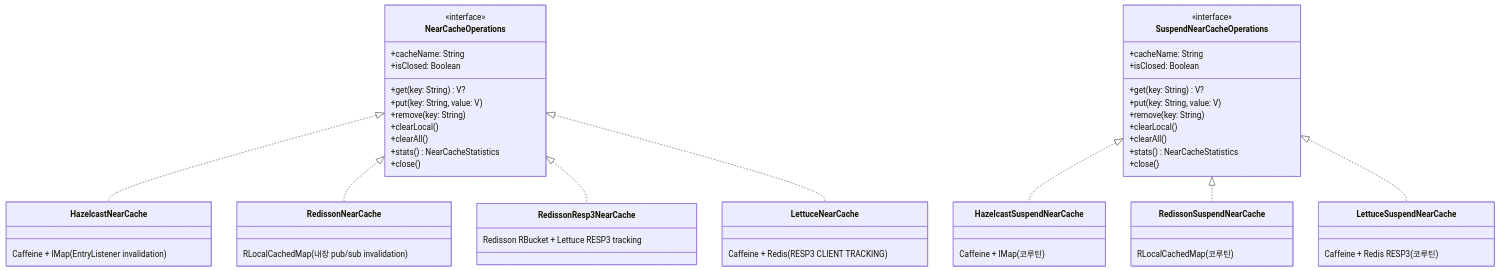
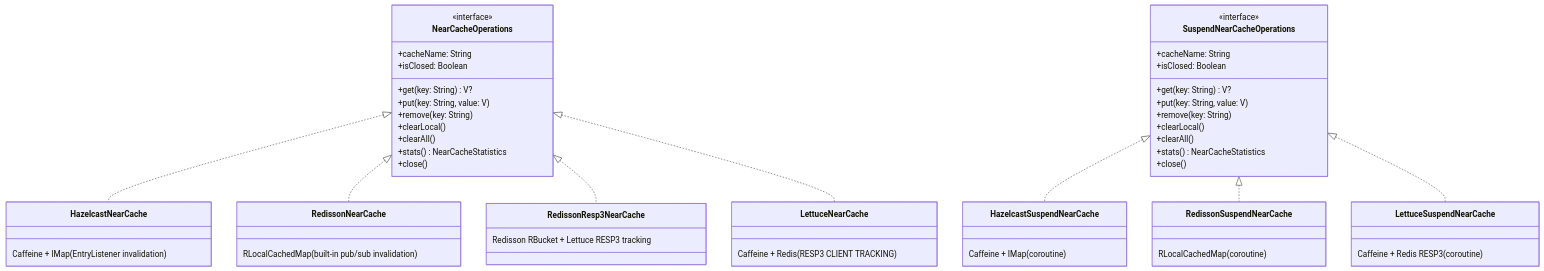
Before and after one commit to bluetape4k/bluetape4k-projects: the second of 3 diagrams in infra/cache/README.md, drawn with Mermaid. The commit also changed other lines of this file and 265 other files, not shown here.

````diff
--- a/infra/cache/README.md
+++ b/infra/cache/README.md
@@ -117,65 +119,65 @@
 ```mermaid
 classDiagram
     class NearCacheOperations {
         <<interface>>
         +cacheName: String
         +isClosed: Boolean
         +get(key: String) V?
         +put(key: String, value: V)
         +remove(key: String)
         +clearLocal()
         +clearAll()
         +stats() NearCacheStatistics
         +close()
     }
 
     class SuspendNearCacheOperations {
         <<interface>>
         +cacheName: String
         +isClosed: Boolean
         +get(key: String) V?
         +put(key: String, value: V)
         +remove(key: String)
         +clearLocal()
         +clearAll()
         +stats() NearCacheStatistics
         +close()
     }
 
     class HazelcastNearCache {
         Caffeine + IMap (EntryListener invalidation)
     }
 
     class HazelcastSuspendNearCache {
-        Caffeine + IMap (코루틴)
+        Caffeine + IMap (coroutine)
     }
 
     class RedissonNearCache {
-        RLocalCachedMap (내장 pub/sub invalidation)
+        RLocalCachedMap (built-in pub/sub invalidation)
     }
 
     class RedissonSuspendNearCache {
-        RLocalCachedMap (코루틴)
+        RLocalCachedMap (coroutine)
     }
 
     class RedissonResp3NearCache {
         Redisson RBucket + Lettuce RESP3 tracking
     }
 
     class LettuceNearCache {
         Caffeine + Redis (RESP3 CLIENT TRACKING)
     }
 
     class LettuceSuspendNearCache {
-        Caffeine + Redis RESP3 (코루틴)
+        Caffeine + Redis RESP3 (coroutine)
     }
 
     NearCacheOperations <|.. HazelcastNearCache
     NearCacheOperations <|.. RedissonNearCache
     NearCacheOperations <|.. RedissonResp3NearCache
     NearCacheOperations <|.. LettuceNearCache
     SuspendNearCacheOperations <|.. HazelcastSuspendNearCache
     SuspendNearCacheOperations <|.. RedissonSuspendNearCache
     SuspendNearCacheOperations <|.. LettuceSuspendNearCache
 
 ```
````
